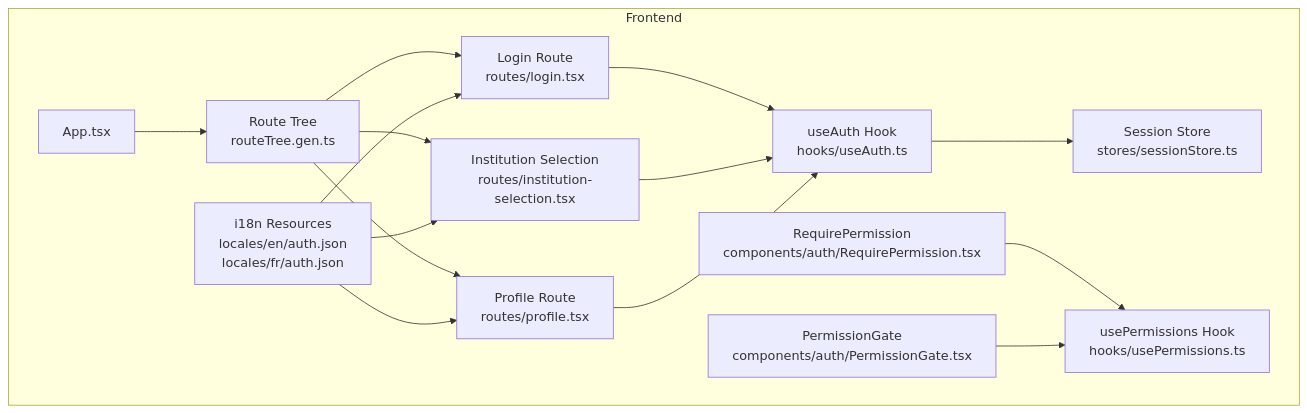
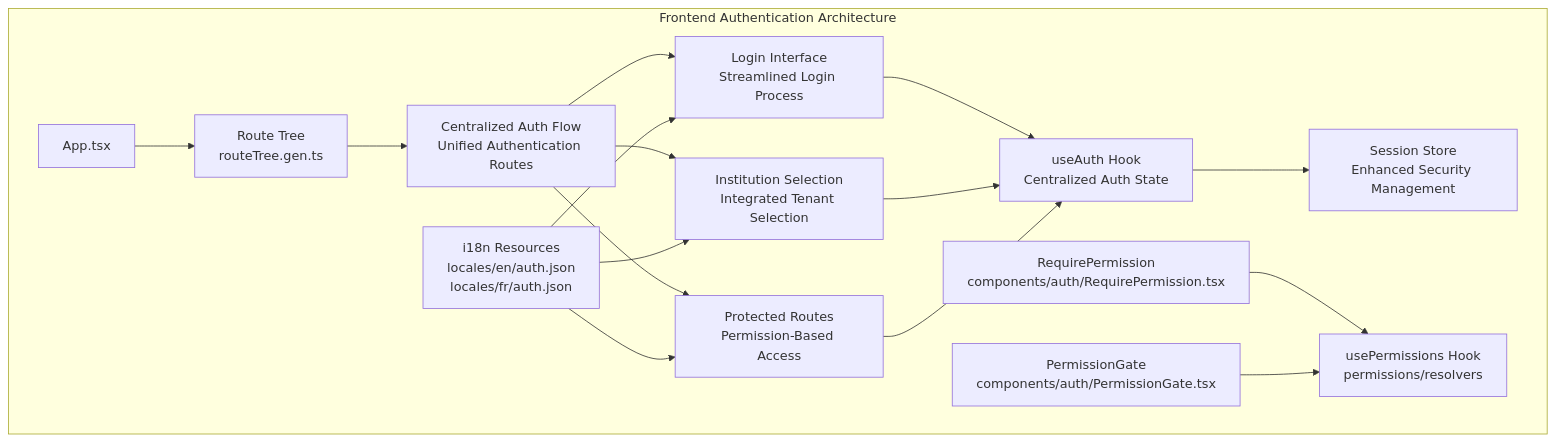
The first of 10 diagrams in .qoder/repowiki/en/content/System Architecture/Frontend Architecture/Authentication & Authorization UI/Authentication & Authorization UI.md (franckylab/eLISAschool), drawn with Mermaid before and after one commit. The commit also changed other lines of this file and 97 other files, not shown here.

````diff
--- a/.qoder/repowiki/en/content/System Architecture/Frontend Architecture/Authentication & Authorization UI/Authentication & Authorization UI.md
+++ b/.qoder/repowiki/en/content/System Architecture/Frontend Architecture/Authentication & Authorization UI/Authentication & Authorization UI.md
@@ -46,18 +52,19 @@
 ```mermaid
 graph TB
-subgraph "Frontend"
+subgraph "Frontend Authentication Architecture"
 A["App.tsx"] --> B["Route Tree<br/>routeTree.gen.ts"]
-B --> C["Login Route<br/>routes/login.tsx"]
-B --> D["Institution Selection<br/>routes/institution-selection.tsx"]
-B --> E["Profile Route<br/>routes/profile.tsx"]
-C --> F["useAuth Hook<br/>hooks/useAuth.ts"]
-D --> F
-E --> F
-F --> G["Session Store<br/>stores/sessionStore.ts"]
-H["RequirePermission<br/>components/auth/RequirePermission.tsx"] --> I["usePermissions Hook<br/>hooks/usePermissions.ts"]
-J["PermissionGate<br/>components/auth/PermissionGate.tsx"] --> I
-K["i18n Resources<br/>locales/en/auth.json<br/>locales/fr/auth.json"] --> C
-K --> D
-K --> E
+B --> C["Centralized Auth Flow<br/>Unified Authentication Routes"]
+C --> D["Login Interface<br/>Streamlined Login Process"]
+C --> E["Institution Selection<br/>Integrated Tenant Selection"]
+C --> F["Protected Routes<br/>Permission-Based Access"]
+D --> G["useAuth Hook<br/>Centralized Auth State"]
+E --> G
+F --> G
+G --> H["Session Store<br/>Enhanced Security Management"]
+I["RequirePermission<br/>components/auth/RequirePermission.tsx"] --> J["usePermissions Hook<br/>permissions/resolvers"]
+K["PermissionGate<br/>components/auth/PermissionGate.tsx"] --> J
+L["i18n Resources<br/>locales/en/auth.json<br/>locales/fr/auth.json"] --> D
+L --> E
+L --> F
 end
 ```
````
